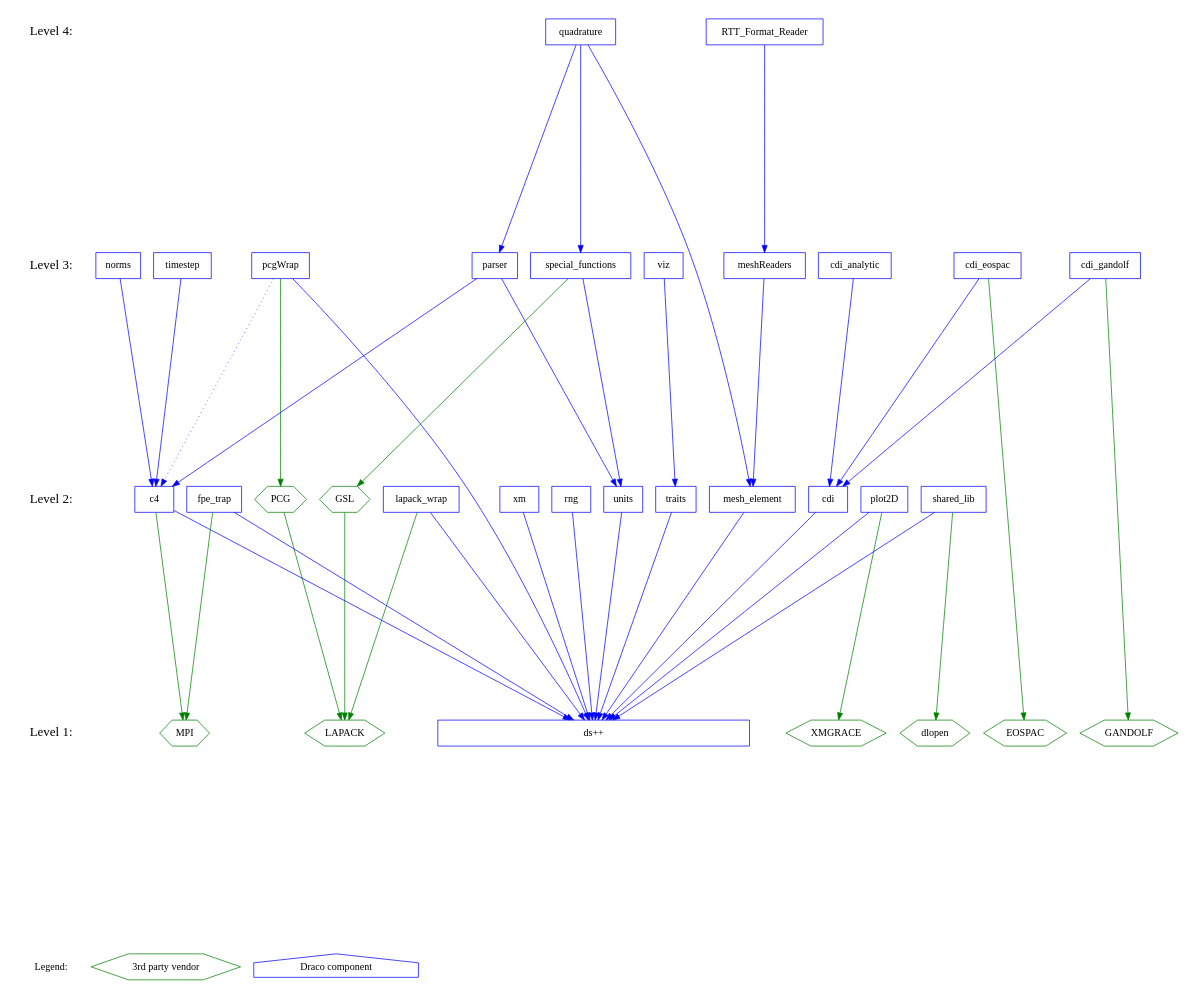
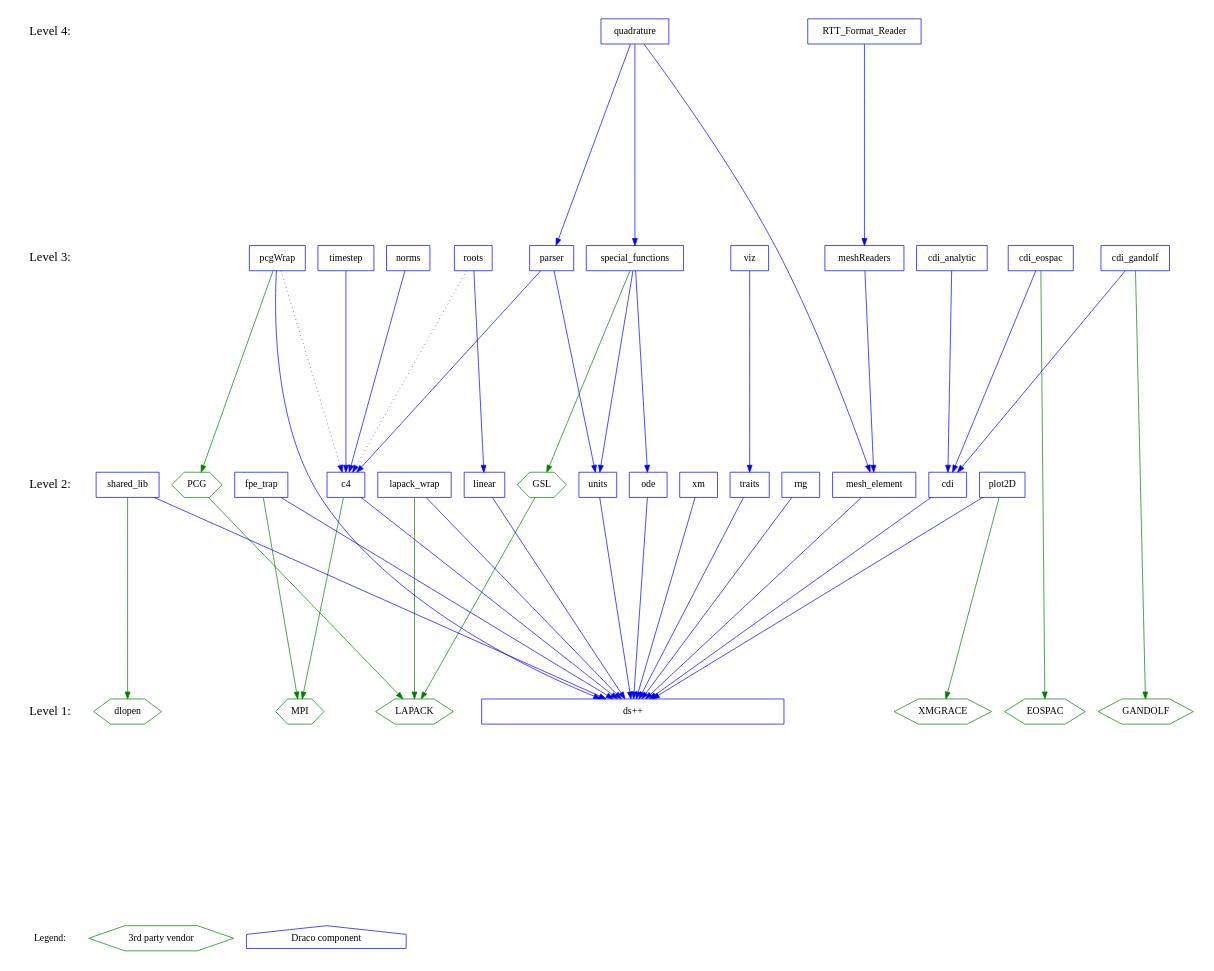
Before and after one commit to losalamos/Draco: the diagram in doc/design/level.dot, drawn with Graphviz. The commit also changed 9 other files, not shown here.

```diff
--- a/doc/design/level.dot
+++ b/doc/design/level.dot
@@ -1,123 +1,129 @@
 digraph draco_level {
     /* graph attributes */
     center=1;
     size="7.5,10";
     ranksep=4;
     
     /* levels */
     legend [shape=plaintext, label="Legend:", fontsize=14];
     level1 [shape=plaintext, label="Level 1:", fontsize=18];
     level2 [shape=plaintext, label="Level 2:", fontsize=18];
     level3 [shape=plaintext, label="Level 3:", fontsize=18];
     level4 [shape=plaintext, label="Level 4:", fontsize=18];
 /*     level5 [shape=plaintext, label="Level 5:", fontsize=18]; */
 /*    level6 [shape=plaintext, label="Level 6:", fontsize=18]; */
     
     /* level6 -> level5 -> */
     level4 -> level3 -> level2 -> level1 -> legend [style=invis];
     
     /* packages */
 
     /* legend */
     leg_vendor [shape=box, label="3rd party vendor", color=green, shape=hexagon];
     leg_draco  [shape=box, label="Draco component",  color=blue,  shape=house ];
 
     /* level 1 */
+    vdlopen    [shape=hexagon, color=green, label="dlopen"];
+    veospac    [shape=hexagon, color=green, label="EOSPAC"];
+    vgandolf   [shape=hexagon, color=green, label="GANDOLF"];
+    vgrace     [shape=hexagon, color=green, label="XMGRACE"];
+    vlapack    [shape=hexagon, color=green, label="LAPACK"];
     vmpi       [shape=hexagon, color=green, label="MPI"];
-    vlapack    [shape=hexagon, color=green, label="LAPACK"];
-    vgandolf   [shape=hexagon, color=green, label="GANDOLF"];
-    veospac    [shape=hexagon, color=green, label="EOSPAC"];
-    vgrace     [shape=hexagon, color=green, label="XMGRACE"];
-    /* vspring    [shape=hexagon, color=green, label="SPRING"]; */
-    vdlopen    [shape=hexagon, color=green, label="dlopen"];
         
     dsxx [shape=box, color=blue, label="ds++", width=6];
     
     /* level 2 */
     vgsl       [shape=hexagon, color=green, label="GSL"];
     vpcg       [shape=hexagon, color=green, label="PCG"];
 
-    traits [shape=box, color=blue, label="traits"];
-    xm     [shape=box, color=blue, label="xm"];
-    c4     [shape=box, color=blue, label="c4"];
-    rng    [shape=box, color=blue, label="rng"];
-    units  [shape=box, color=blue, label="units"];
-    cdi    [shape=box, color=blue, label="cdi"];
+    c4         [shape=box, color=blue, label="c4"];
+    cdi        [shape=box, color=blue, label="cdi"];
+    fpetrap    [shape=box, color=blue, label="fpe_trap"];
+    lapack     [shape=box, color=blue, label="lapack_wrap"];
+    linear     [shape=box, color=blue, label="linear"];
     meshelement [shape=box, color=blue, label="mesh_element"];
-    plot   [shape=box, color=blue, label="plot2D"];
-    lapack [shape=box, color=blue, label="lapack_wrap"];
-    shlib  [shape=box, color=blue, label="shared_lib"];
-    fpetrap [shape=box, color=blue, label="fpe_trap"];
+    ode        [shape=box, color=blue, label="ode"];
+    plot       [shape=box, color=blue, label="plot2D"];
+    rng        [shape=box, color=blue, label="rng"];
+    shlib      [shape=box, color=blue, label="shared_lib"];
+    traits     [shape=box, color=blue, label="traits"];
+    units      [shape=box, color=blue, label="units"];
+    xm         [shape=box, color=blue, label="xm"];
         
     /* level 3 */
-    viz      [shape=box, color=blue, label="viz"];
-    timestep [shape=box, color=blue, label="timestep"];
-    cdianal  [shape=box, color=blue, label="cdi_analytic"];
-    cdieos   [shape=box, color=blue, label="cdi_eospac"];
-    cdigan   [shape=box, color=blue, label="cdi_gandolf"];
-    pcg      [shape=box, color=blue, label="pcgWrap"];
-    meshread [shape=box, color=blue, label="meshReaders"];
-    parser   [shape=box, color=blue, label="parser"];
-    norms    [shape=box, color=blue, label="norms"];
-    sf       [shape=box, color=blue, label="special_functions"];
+    cdianal   [shape=box, color=blue, label="cdi_analytic"];
+    cdieos    [shape=box, color=blue, label="cdi_eospac"];
+    cdigan    [shape=box, color=blue, label="cdi_gandolf"];
+    meshread  [shape=box, color=blue, label="meshReaders"];
+    norms     [shape=box, color=blue, label="norms"];
+    parser    [shape=box, color=blue, label="parser"];
+    pcg       [shape=box, color=blue, label="pcgWrap"];
+    roots     [shape=box, color=blue, label="roots"];
+    sf        [shape=box, color=blue, label="special_functions"];
+    timestep  [shape=box, color=blue, label="timestep"];
+    viz       [shape=box, color=blue, label="viz"];
     
     /* level 4 */
-    quad        [shape=box, color=blue, label="quadrature"];
-    rttread     [shape=box, color=blue, label="RTT_Format_Reader"];
+    quad      [shape=box, color=blue, label="quadrature"];
+    rttread   [shape=box, color=blue, label="RTT_Format_Reader"];
     
     /* dependencies */
     {rank=same; legend leg_vendor leg_draco};
     {rank=same; level1 dsxx vlapack vmpi veospac  vgandolf vgrace vdlopen };
-    {rank=same; level2 shlib plot lapack traits xm c4 fpetrap rng units cdi meshelement vgsl vpcg};
+    {rank=same; level2 shlib plot lapack traits xm c4 fpetrap rng units cdi vgsl vpcg};
     {rank=same; level3 viz timestep cdianal cdieos cdigan pcg meshread parser sf};
     {rank=same; level4 rttread quad};
     
     /* draco packages */
 
     /* NOTE:  hidden dependencies are in comments at the end of each line.
      * For example if a package depends on c4 it implicitly depends on dsxx
      * as well.  The dependency on dsxx is not shown explicitly on the
      * graph. 
     
     /* level 2 */
-    xm          -> {dsxx}        [color=blue];
-    units       -> {dsxx}        [color=blue];
-    traits      -> {dsxx}        [color=blue];
     c4          -> {dsxx}        [color=blue];
     c4          -> {vmpi}        [color="green"];
-    rng         -> {dsxx}        [color=blue];
     cdi         -> {dsxx}        [color=blue];
+    fpetrap     -> {dsxx}        [color=blue];
+    fpetrap     -> {vmpi}        [color="green"];
+    lapack      -> {dsxx}        [color=blue];
+    lapack      -> {vlapack}     [color="green"];
+    linear      -> {dsxx}        [color=blue];
     meshelement -> {dsxx}        [color=blue];
+    ode         -> {dsxx}        [color=blue];
     plot        -> {dsxx}        [color=blue];
     plot        -> {vgrace}      [color="green"];
-    lapack      -> {dsxx}        [color=blue];
-    lapack      -> {vlapack}     [color="green"];
+    rng         -> {dsxx}        [color=blue];
     shlib       -> {dsxx}        [color=blue];
     shlib       -> {vdlopen}     [color="green"];
+    traits      -> {dsxx}        [color=blue];
+    units       -> {dsxx}        [color=blue];
     vgsl        -> {vlapack}     [color="green"];
     vpcg        -> {vlapack}     [color="green"];
-    fpetrap     -> {dsxx}        [color=blue];
-    fpetrap     -> {vmpi}        [color="green"];
+    xm          -> {dsxx}        [color=blue];
     
     /* level 3 */
-    viz         -> {traits}      [color=blue];
-    timestep    -> {c4}          [color=blue];
-    pcg         -> {dsxx}        [color=blue];
-    pcg         -> {vpcg}        [color="green"];
-    pcg         -> {c4}          [color="blue" style=dotted];
     cdianal     -> {cdi}         [color=blue];
     cdieos      -> {cdi}         [color=blue];
     cdieos      -> {veospac}     [color="green"]; 
     cdigan      -> {cdi}         [color=blue]; 
     cdigan      -> {vgandolf}    [color="green"];
     meshread    -> {meshelement} [color=blue];
+    norms       -> {c4}          [color=blue];
     parser      -> {c4 units}    [color=blue];
-    norms       -> {c4}          [color=blue];
-    sf          -> {units}       [color=blue];
+    pcg         -> {c4}          [color="blue" style=dotted];
+    pcg         -> {dsxx}        [color=blue];
+    pcg         -> {vpcg}        [color="green"];
+    roots       -> {linear}      [color="blue"];
+    roots       -> {c4}          [color="blue", style=dotted];
+    sf          -> {units ode}   [color=blue];
     sf          -> {vgsl}        [color="green"];
+    timestep    -> {c4}          [color=blue];
+    viz         -> {traits}      [color=blue];
 
     /* level 4 */
     quad        -> {sf meshelement parser} [color=blue];
-    rttread     -> {meshread}               [color=blue];
+    rttread     -> {meshread}              [color=blue];
 
 }
```
